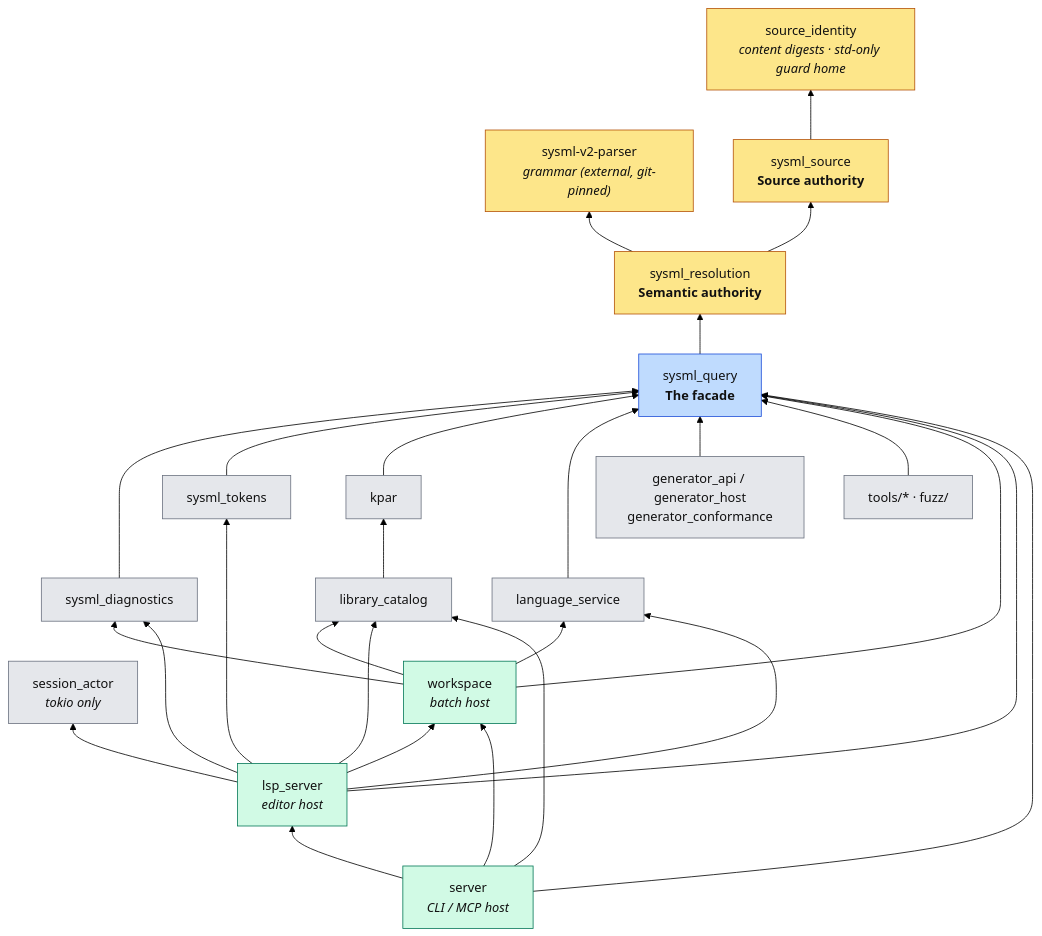
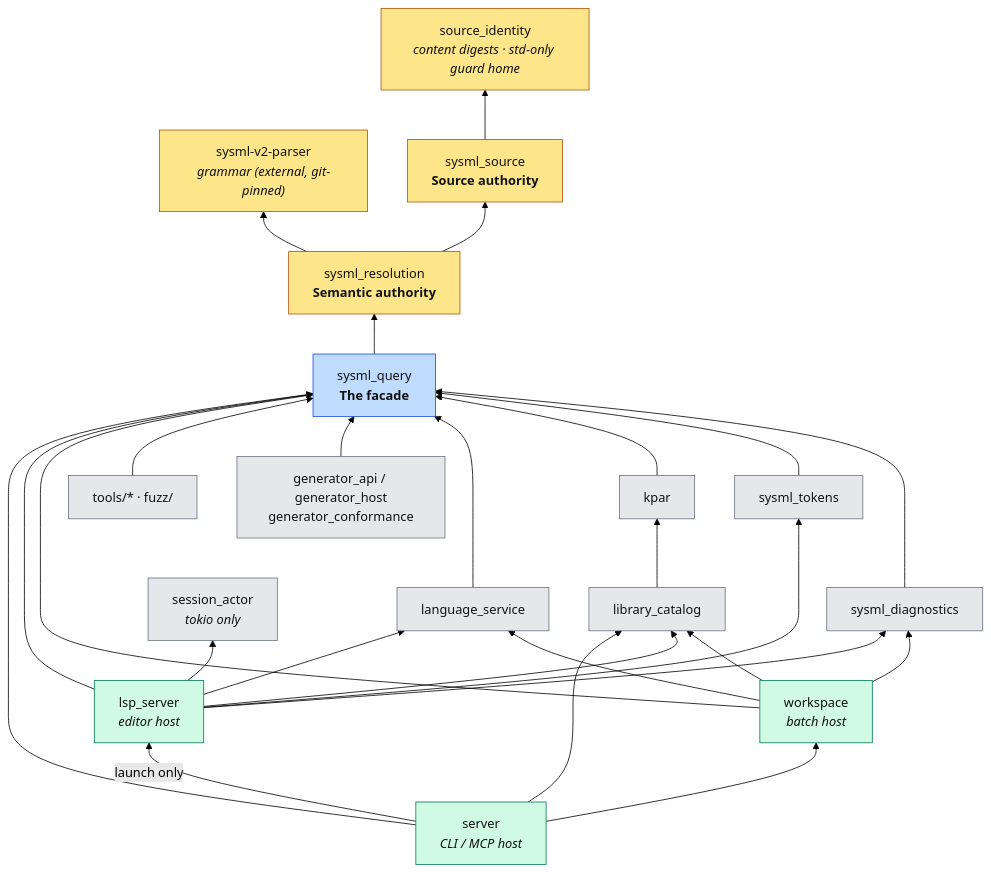
Before and after one commit to elan8/spec42: the diagram in design.md, drawn with Mermaid (forest theme). The commit also changed other lines of this file and 4 other files, not shown here.

````diff
--- a/design.md
+++ b/design.md
@@ -133,57 +133,56 @@
 ```mermaid
 flowchart BT
     parser["sysml-v2-parser<br/><i>grammar (external, git-pinned)</i>"]
     identity["source_identity<br/><i>content digests · std-only guard home</i>"]
     source["sysml_source<br/><b>Source authority</b>"]
     resolution["sysml_resolution<br/><b>Semantic authority</b>"]
     query["sysml_query<br/><b>The facade</b>"]
 
     diagnostics["sysml_diagnostics"]
     tokens["sysml_tokens"]
     kpar["kpar"]
     langsvc["language_service"]
     catalog["library_catalog"]
     actor["session_actor<br/><i>tokio only</i>"]
     workspace["workspace<br/><i>batch host</i>"]
     lsp["lsp_server<br/><i>editor host</i>"]
     server["server<br/><i>CLI / MCP host</i>"]
     gen["generator_api / generator_host<br/>generator_conformance"]
     tools["tools/* · fuzz/"]
 
     source --> identity
     resolution --> parser
     resolution --> source
     query --> resolution
 
     diagnostics --> query
     tokens --> query
     kpar --> query
     langsvc --> query
     gen --> query
     tools --> query
     catalog --> kpar
     workspace --> query
     workspace --> catalog
     workspace --> langsvc
     workspace --> diagnostics
     lsp --> actor
-    lsp --> workspace
     lsp --> catalog
     lsp --> langsvc
     lsp --> tokens
     lsp --> diagnostics
     lsp --> query
-    server --> lsp
+    server -->|launch only| lsp
     server --> workspace
     server --> catalog
     server --> query
 
     classDef authority fill:#fde68a,stroke:#b45309,color:#111
     classDef facade fill:#bfdbfe,stroke:#1d4ed8,color:#111
     classDef consumer fill:#e5e7eb,stroke:#6b7280,color:#111
     classDef host fill:#d1fae5,stroke:#047857,color:#111
     class parser,source,resolution,identity authority
     class query facade
     class diagnostics,tokens,kpar,langsvc,catalog,actor,gen,tools consumer
     class workspace,lsp,server host
 ```
````
